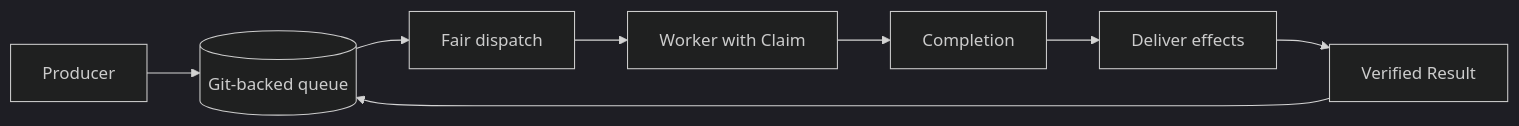
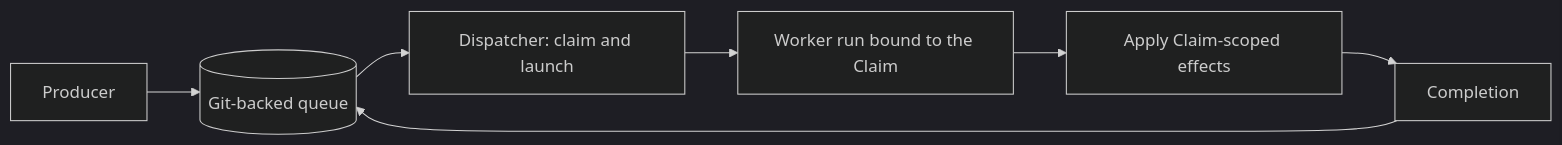
The second of 3 diagrams in docs/src/content/docs/patterns/workqueue-ops.md (github/gh-aw), drawn with Mermaid (dark theme) before and after one commit. The commit also changed other lines of this file and 891 other files, not shown here.

````diff
--- a/docs/src/content/docs/patterns/workqueue-ops.md
+++ b/docs/src/content/docs/patterns/workqueue-ops.md
@@ -31,10 +31,9 @@
 ```mermaid
 flowchart LR
     producer[Producer] --> queue[(Git-backed queue)]
-    queue --> dispatcher[Fair dispatch]
-    dispatcher --> worker[Worker with Claim]
-    worker --> completion[Completion]
-    completion --> effects[Deliver effects]
-    effects --> result[Verified Result]
-    result --> queue
+    queue --> dispatcher[Dispatcher: claim and launch]
+    dispatcher --> worker[Worker run bound to the Claim]
+    worker --> effects[Apply Claim-scoped effects]
+    effects --> completion[Completion]
+    completion --> queue
 ```
````
